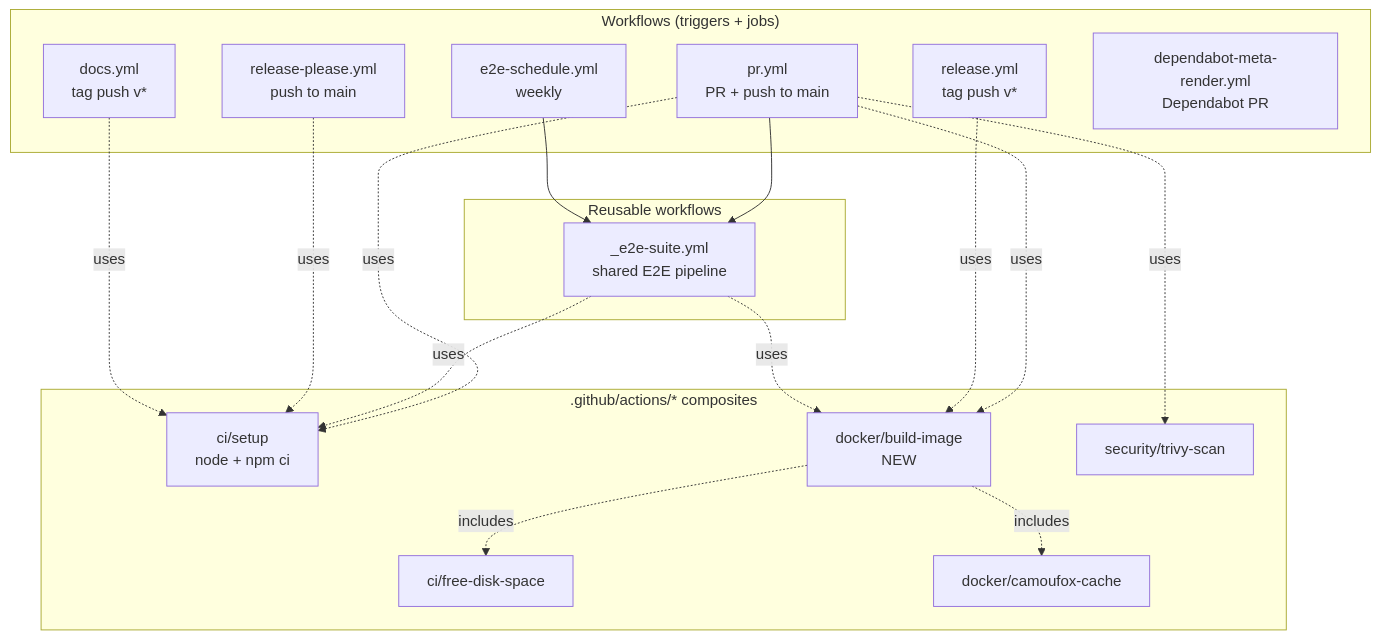
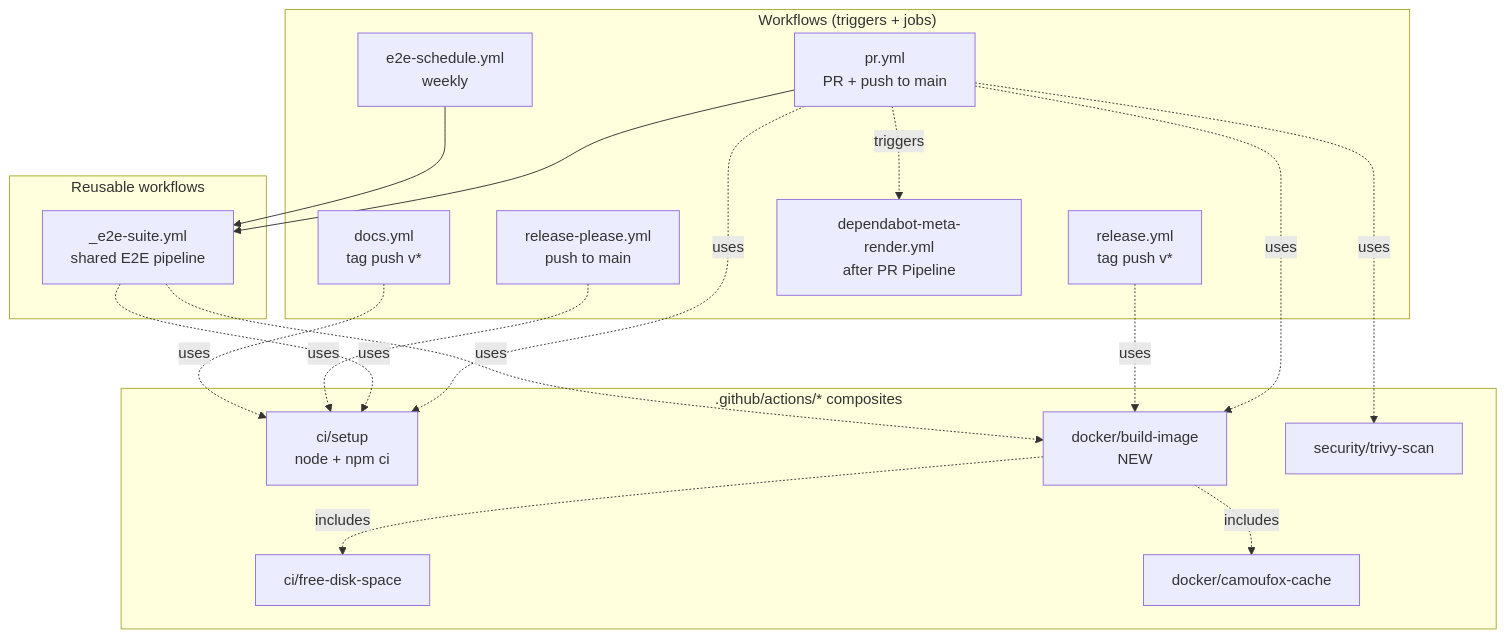
The first of 2 diagrams in docs/architecture/ci-pipeline.md (sergienko4/israeli-bank-scrapers-to-actual-budget), drawn with Mermaid before and after one commit. The commit also changed other lines of this file and 1 other file, not shown here.

````diff
--- a/docs/architecture/ci-pipeline.md
+++ b/docs/architecture/ci-pipeline.md
@@ -20,36 +20,37 @@
 ```mermaid
 graph TD
   subgraph Workflows["Workflows (triggers + jobs)"]
     PR[pr.yml<br/>PR + push to main]
     REL[release.yml<br/>tag push v*]
     SCH[release-please.yml<br/>push to main]
     DOCS[docs.yml<br/>tag push v*]
     E2ES[e2e-schedule.yml<br/>weekly]
-    DMR[dependabot-meta-render.yml<br/>Dependabot PR]
+    DMR[dependabot-meta-render.yml<br/>after PR Pipeline]
   end
 
   subgraph Reusable["Reusable workflows"]
     E2E[_e2e-suite.yml<br/>shared E2E pipeline]
   end
 
   subgraph Composites[".github/actions/* composites"]
     SETUP[ci/setup<br/>node + npm ci]
     FREE[ci/free-disk-space]
     CAM[docker/camoufox-cache]
     BUILD[docker/build-image<br/>NEW]
     TRIVY[security/trivy-scan]
   end
 
   PR --> E2E
+  PR -.triggers.-> DMR
   E2ES --> E2E
   PR -.uses.-> SETUP
   PR -.uses.-> BUILD
   PR -.uses.-> TRIVY
   REL -.uses.-> BUILD
   E2E -.uses.-> SETUP
   E2E -.uses.-> BUILD
   SCH -.uses.-> SETUP
   DOCS -.uses.-> SETUP
   BUILD -.includes.-> FREE
   BUILD -.includes.-> CAM
 ```
````
